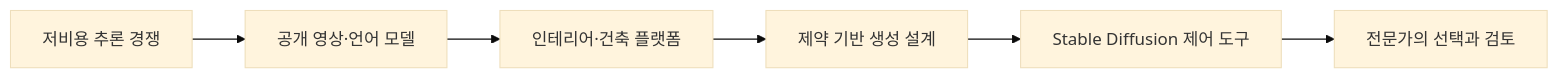
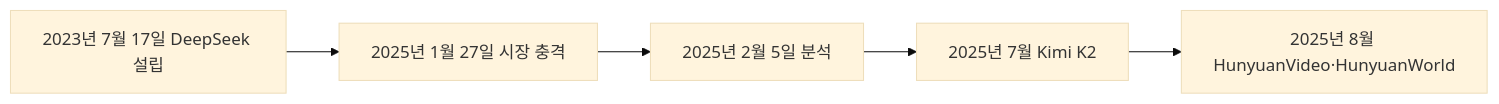
One commit to umyunsang/edu changed the first of 2 diagrams in ComputerScience/03_ai-ml-data/generative-ai-fine-tuning/notes/26. 디자인 탐색과 제어.md. Above: the diagram before and after it, drawn with Mermaid (base theme). The commit also changed other lines of this file and 5 other files, not shown here.

````diff
--- a/ComputerScience/03_ai-ml-data/generative-ai-fine-tuning/notes/26. 디자인 탐색과 제어.md
+++ b/ComputerScience/03_ai-ml-data/generative-ai-fine-tuning/notes/26. 디자인 탐색과 제어.md
@@ -24,8 +63,7 @@
 ```mermaid
 flowchart LR
-    A["저비용 추론 경쟁"] --> B["공개 영상·언어 모델"]
-    B --> C["인테리어·건축 플랫폼"]
-    C --> D["제약 기반 생성 설계"]
-    D --> E["Stable Diffusion 제어 도구"]
-    E --> F["전문가의 선택과 검토"]
+    A["2023년 7월 17일 DeepSeek 설립"] --> B["2025년 1월 27일 시장 충격"]
+    B --> C["2025년 2월 5일 분석"]
+    C --> D["2025년 7월 Kimi K2"]
+    D --> E["2025년 8월 HunyuanVideo·HunyuanWorld"]
 ```
````
